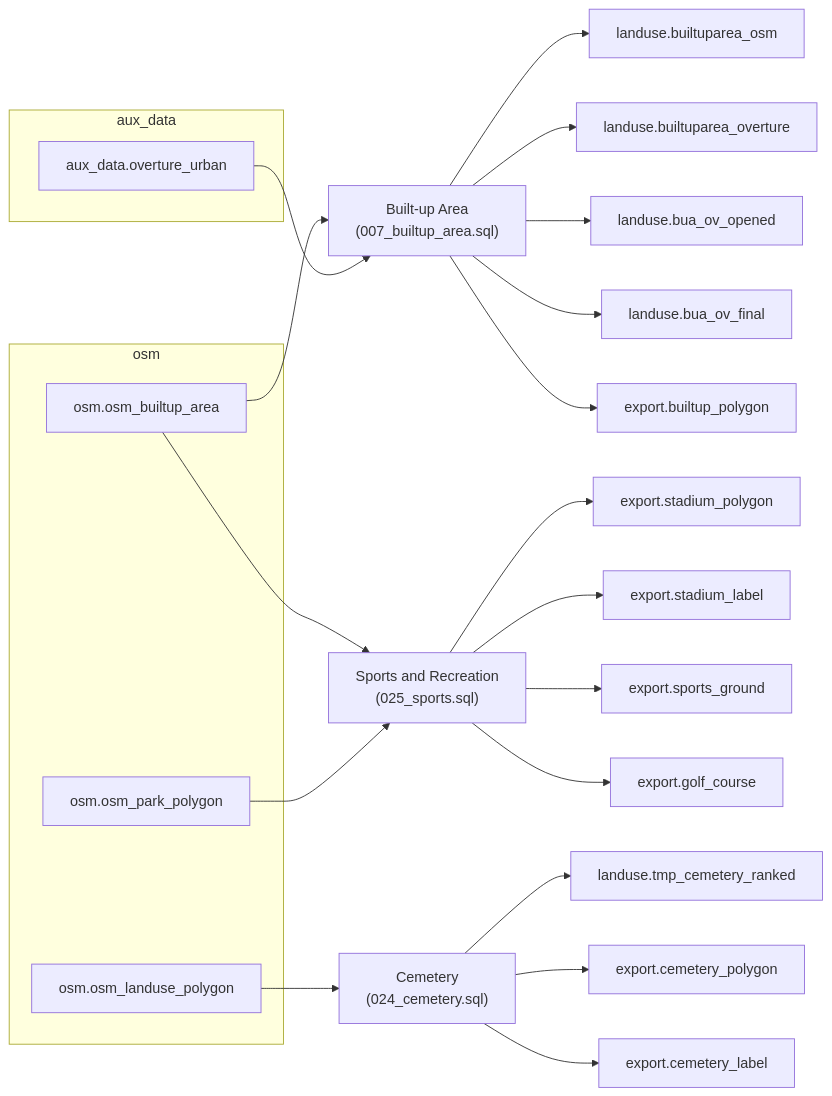
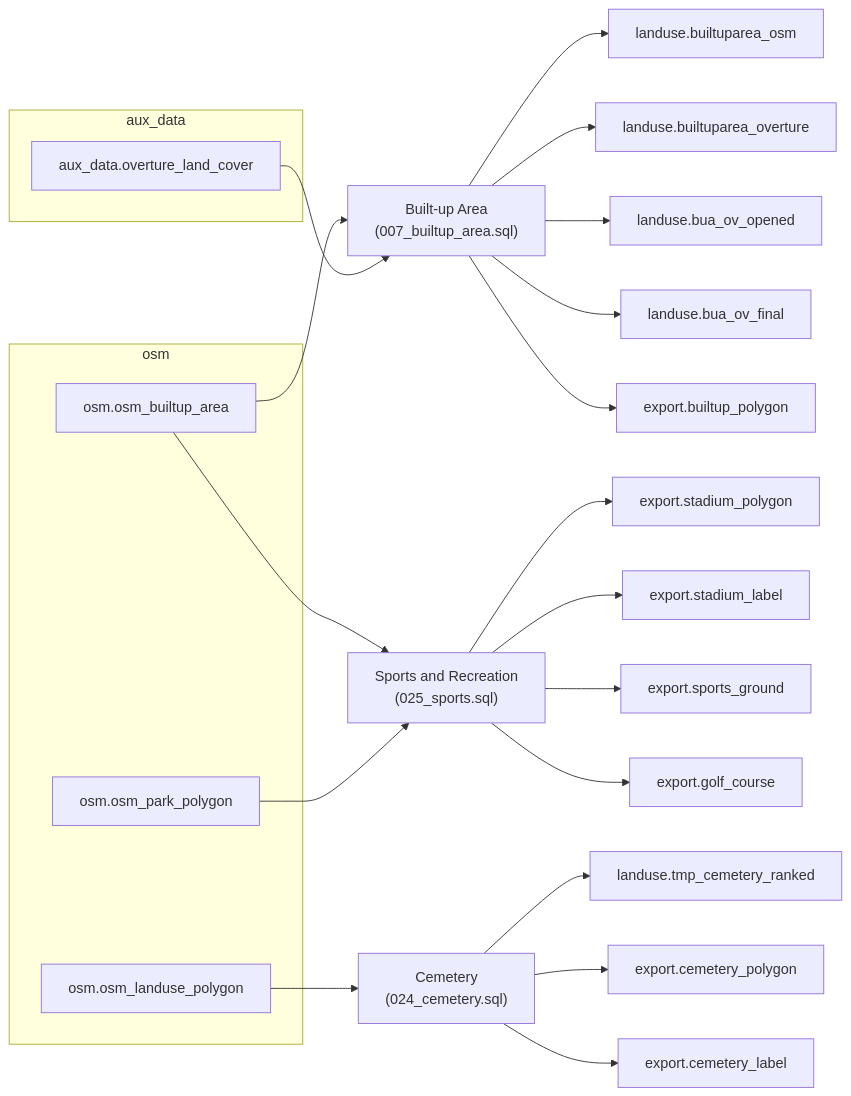
One commit to ReleasableBasemapTiles/abt changed the seventh of 10 diagrams in docs/schema/database.md. Above: the diagram before and after it, drawn with Mermaid. The commit also changed other lines of this file and 12 other files, not shown here.

First line of the commit message:
feat(schema): add Overture small-scale land cover layer

````diff
--- a/docs/schema/database.md
+++ b/docs/schema/database.md
@@ -388,43 +400,43 @@
 ```mermaid
 flowchart LR
     subgraph src_osm ["osm"]
         osm_osm_builtup_area["osm.osm_builtup_area"]
         osm_osm_landuse_polygon["osm.osm_landuse_polygon"]
         osm_osm_park_polygon["osm.osm_park_polygon"]
     end
     subgraph src_aux ["aux_data"]
-        aux_data_overture_urban["aux_data.overture_urban"]
+        aux_data_overture_land_cover["aux_data.overture_land_cover"]
     end
     script_007_builtup_area["Built-up Area<br/>(007_builtup_area.sql)"]
     osm_osm_builtup_area --> script_007_builtup_area
-    aux_data_overture_urban --> script_007_builtup_area
+    aux_data_overture_land_cover --> script_007_builtup_area
     inter_landuse_builtuparea_osm["landuse.builtuparea_osm"]
     script_007_builtup_area --> inter_landuse_builtuparea_osm
     inter_landuse_builtuparea_overture["landuse.builtuparea_overture"]
     script_007_builtup_area --> inter_landuse_builtuparea_overture
     inter_landuse_bua_ov_opened["landuse.bua_ov_opened"]
     script_007_builtup_area --> inter_landuse_bua_ov_opened
     inter_landuse_bua_ov_final["landuse.bua_ov_final"]
     script_007_builtup_area --> inter_landuse_bua_ov_final
     export_builtup_polygon["export.builtup_polygon"]
     script_007_builtup_area --> export_builtup_polygon
     script_024_cemetery["Cemetery<br/>(024_cemetery.sql)"]
     osm_osm_landuse_polygon --> script_024_cemetery
     inter_landuse_tmp_cemetery_ranked["landuse.tmp_cemetery_ranked"]
     script_024_cemetery --> inter_landuse_tmp_cemetery_ranked
     export_cemetery_polygon["export.cemetery_polygon"]
     script_024_cemetery --> export_cemetery_polygon
     export_cemetery_label["export.cemetery_label"]
     script_024_cemetery --> export_cemetery_label
     script_025_sports["Sports and Recreation<br/>(025_sports.sql)"]
     osm_osm_builtup_area --> script_025_sports
     osm_osm_park_polygon --> script_025_sports
     export_stadium_polygon["export.stadium_polygon"]
     script_025_sports --> export_stadium_polygon
     export_stadium_label["export.stadium_label"]
     script_025_sports --> export_stadium_label
     export_sports_ground["export.sports_ground"]
     script_025_sports --> export_sports_ground
     export_golf_course["export.golf_course"]
     script_025_sports --> export_golf_course
 ```
````
